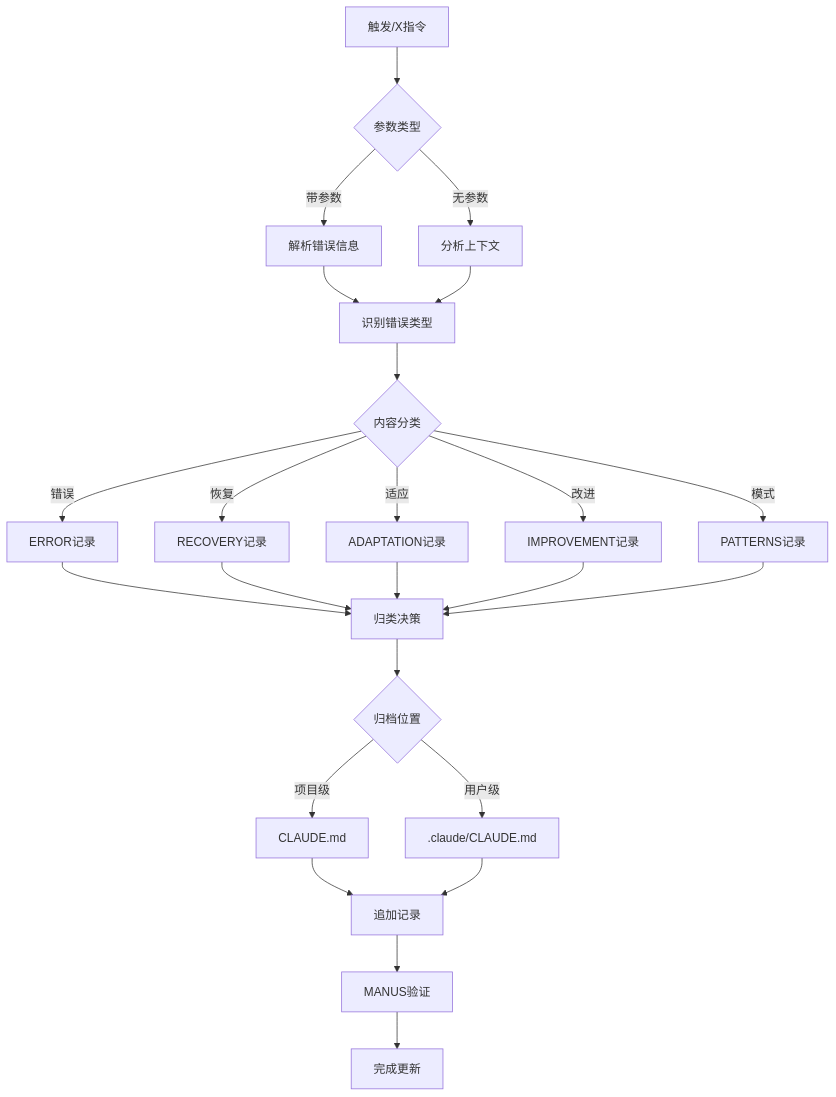
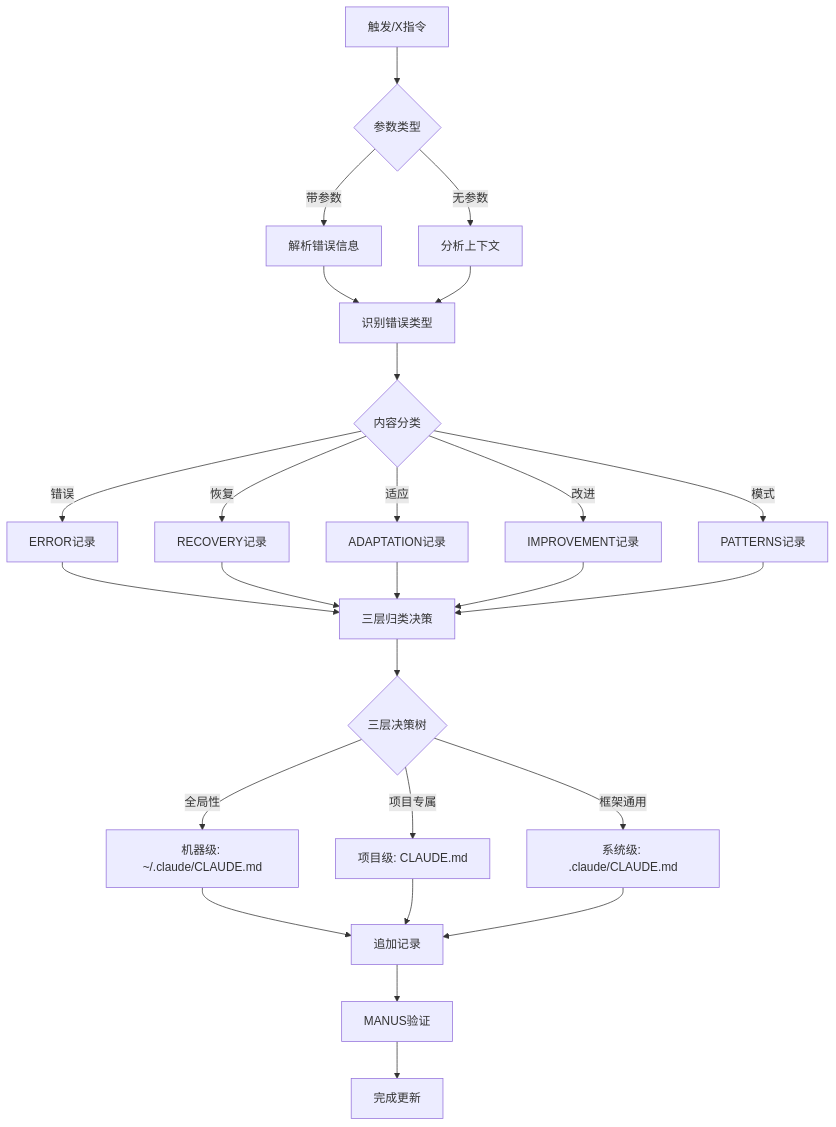
The diagram in .claude/commands/X.md (ZEN-VOID/ZTL-digital-operations-center), drawn with Mermaid before and after one commit. The commit also changed other lines of this file and 46 other files, not shown here.

````diff
--- a/.claude/commands/X.md
+++ b/.claude/commands/X.md
@@ -113,32 +113,34 @@
 ```mermaid
 graph TD
     A[触发/X指令] --> B{参数类型}
     B -->|带参数| C[解析错误信息]
     B -->|无参数| D[分析上下文]
 
     C --> E[识别错误类型]
     D --> E
 
     E --> F{内容分类}
     F -->|错误| G[ERROR记录]
     F -->|恢复| H[RECOVERY记录]
     F -->|适应| I[ADAPTATION记录]
     F -->|改进| J[IMPROVEMENT记录]
     F -->|模式| K[PATTERNS记录]
 
-    G --> L[归类决策]
+    G --> L[三层归类决策]
     H --> L
     I --> L
     J --> L
     K --> L
 
-    L --> M{归档位置}
-    M -->|项目级| N[CLAUDE.md]
-    M -->|用户级| O[.claude/CLAUDE.md]
+    L --> M{三层决策树}
+    M -->|全局性| N1[机器级: ~/.claude/CLAUDE.md]
+    M -->|项目专属| N2[项目级: CLAUDE.md]
+    M -->|框架通用| N3[系统级: .claude/CLAUDE.md]
 
-    N --> P[追加记录]
-    O --> P
+    N1 --> P[追加记录]
+    N2 --> P
+    N3 --> P
 
     P --> Q[MANUS验证]
     Q --> R[完成更新]
 ```
````
